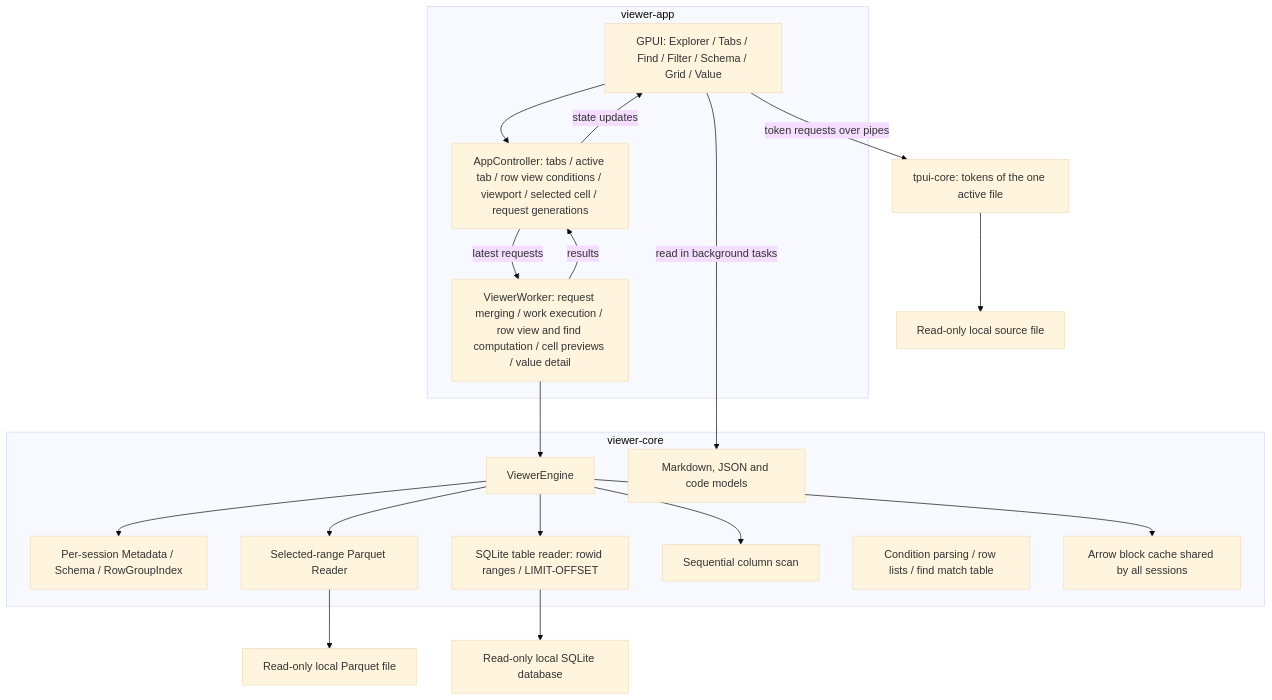
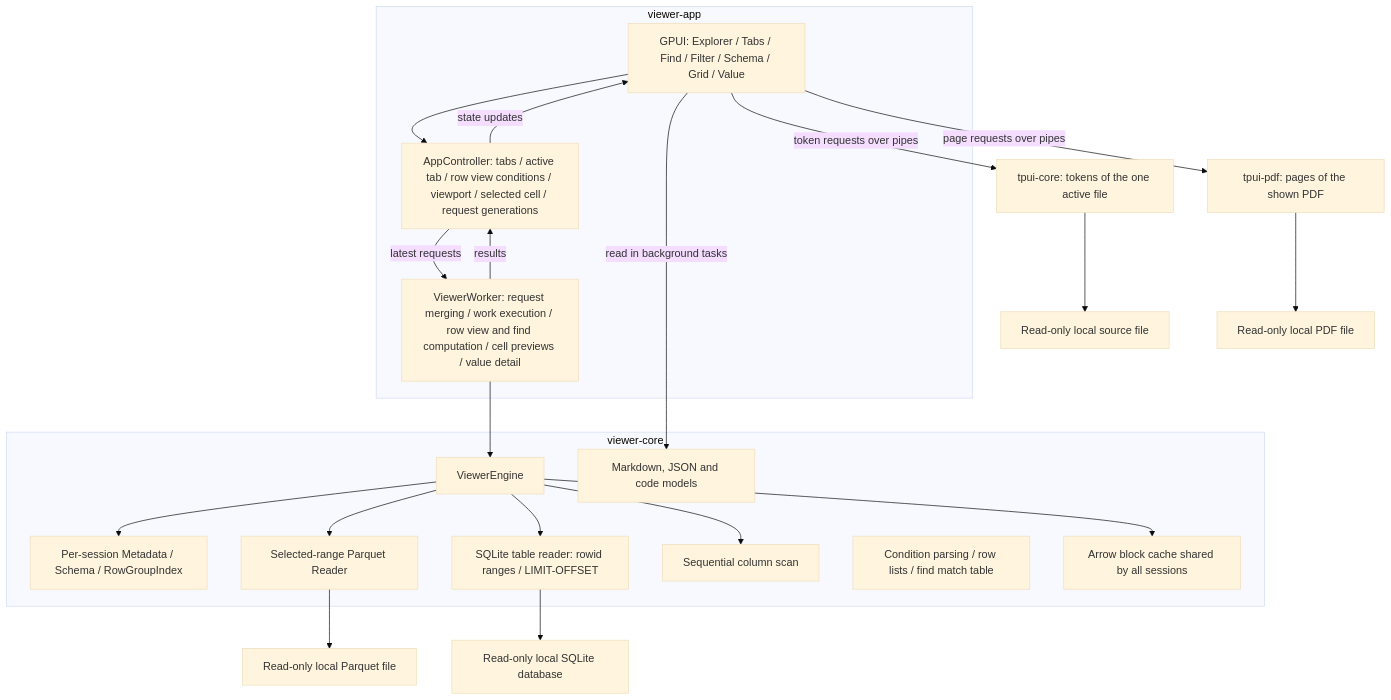
One commit to GreenWojaKK/TPUI changed the diagram in architecture.md. Above: the diagram before and after it, drawn with Mermaid (base theme). The commit also changed other lines of this file and 22 other files, not shown here.

First line of the commit message:
Add PDF page previews drawn by a separate worker

````diff
--- a/architecture.md
+++ b/architecture.md
@@ -102,33 +103,35 @@
 ```mermaid
 flowchart TB
     subgraph App[viewer-app]
         UI[GPUI: Explorer / Tabs / Find / Filter / Schema / Grid / Value]
         Controller[AppController: tabs / active tab / row view conditions / viewport / selected cell / request generations]
         Worker[ViewerWorker: request merging / work execution / row view and find computation / cell previews / value detail]
         UI --> Controller
         Controller -->|latest requests| Worker
         Worker -->|results| Controller
         Controller -->|state updates| UI
     end
     subgraph Core[viewer-core]
         Engine[ViewerEngine]
         Metadata[Per-session Metadata / Schema / RowGroupIndex]
         Reader[Selected-range Parquet Reader]
         Sqlite[SQLite table reader: rowid ranges / LIMIT-OFFSET]
         Scan[Sequential column scan]
         View[Condition parsing / row lists / find match table]
         Cache[Arrow block cache shared by all sessions]
         Documents[Markdown, JSON and code models]
         Engine --> Metadata
         Engine --> Reader
         Engine --> Sqlite
         Engine --> Scan
         Engine --> Cache
     end
     Worker --> Engine
     UI -->|read in background tasks| Documents
     UI -->|token requests over pipes| Lexer[tpui-core: tokens of the one active file]
     Lexer --> Source[Read-only local source file]
+    UI -->|page requests over pipes| Pdf[tpui-pdf: pages of the shown PDF]
+    Pdf --> PdfFile[Read-only local PDF file]
     Reader --> File[Read-only local Parquet file]
     Sqlite --> Db[Read-only local SQLite database]
 ```
````
